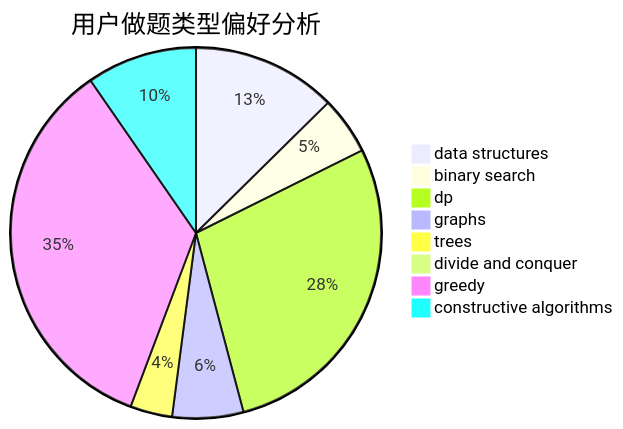
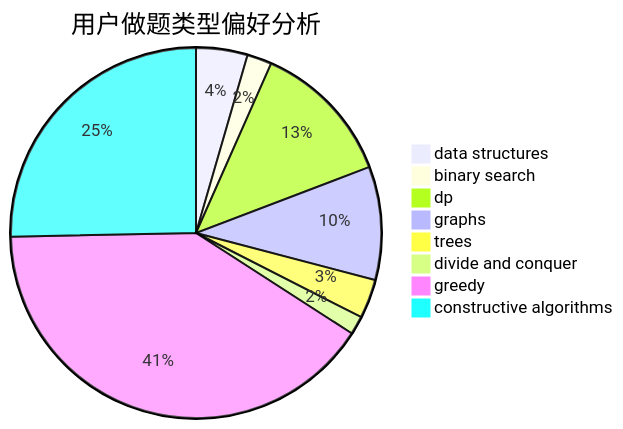
One commit to sherpahu/cfrs.github.io changed the second of 3 diagrams in docs/user/u1348.md. Above: the diagram before and after it, drawn with Mermaid. The commit also changed other lines of this file and 2770 other files, not shown here.

````diff
--- a/docs/user/u1348.md
+++ b/docs/user/u1348.md
@@ -23,11 +23,11 @@
 ```mermaid
 pie title 用户做题类型偏好分析
-    "data structures" :  55
-    "binary search" :  22
-    "dp" :  123
-    "graphs" :  27
-    "trees" :  16
-    "divide and conquer" :  0
-    "greedy" :  151
-    "constructive algorithms" :  42
+    "data structures" :  25
+    "binary search" :  12
+    "dp" :  70
+    "graphs" :  55
+    "trees" :  19
+    "divide and conquer" :  9
+    "greedy" :  226
+    "constructive algorithms" :  141
 ```
````
